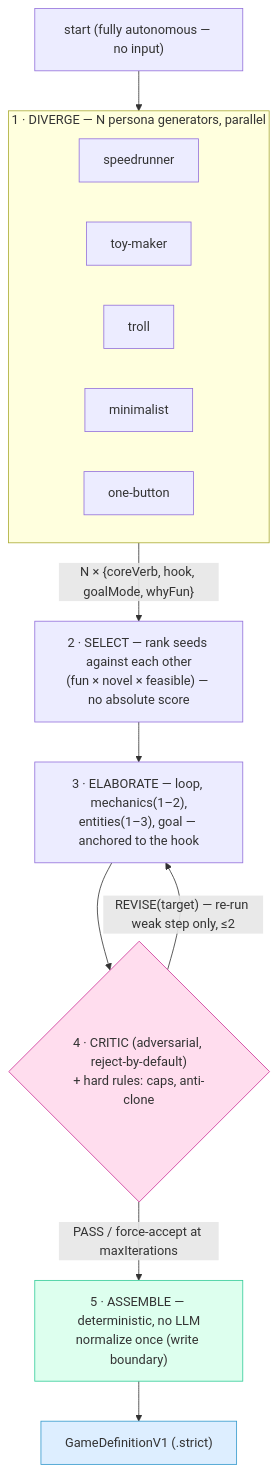
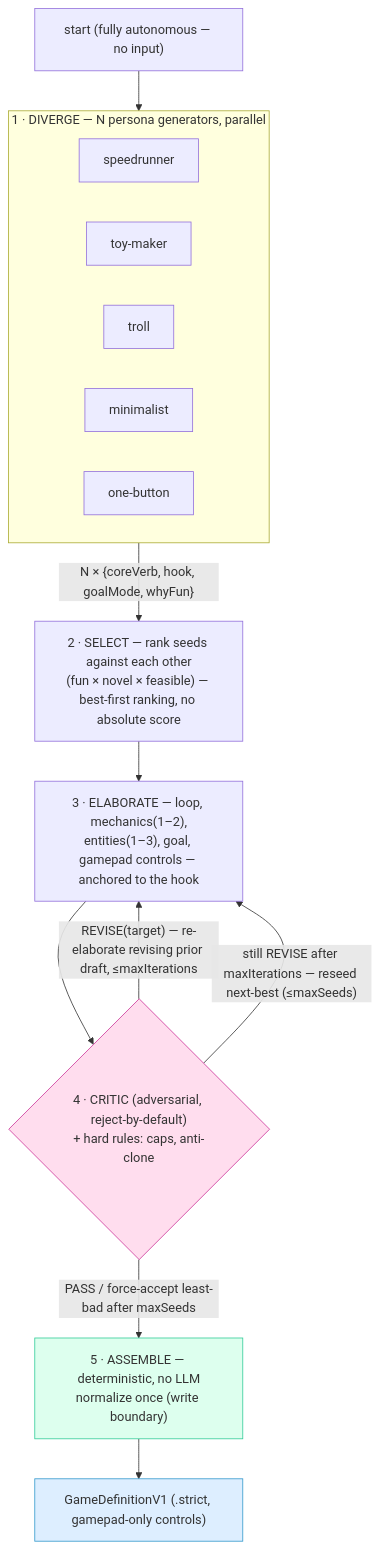
The first of 3 diagrams in factory/ARCHITECTURE.md (Floriaen/atarifactory), drawn with Mermaid before and after one commit. The commit also changed 3 other files, not shown here.

First line of the commit message:
Sync docs with the gamepad contract, reseed loop, and batch tooling

````diff
--- a/factory/ARCHITECTURE.md
+++ b/factory/ARCHITECTURE.md
@@ -8,25 +8,26 @@
 ```mermaid
 flowchart TD
     start["start (fully autonomous — no input)"] --> diverge
 
     subgraph diverge["1 · DIVERGE — N persona generators, parallel"]
         direction LR
         p1["speedrunner"]
         p2["toy-maker"]
         p3["troll"]
         p4["minimalist"]
         p5["one-button"]
     end
 
     diverge -->|"N × {coreVerb, hook, goalMode, whyFun}"| select
-    select["2 · SELECT — rank seeds against each other<br/>(fun × novel × feasible) — no absolute score"] --> elaborate
-    elaborate["3 · ELABORATE — loop, mechanics(1–2),<br/>entities(1–3), goal — anchored to the hook"] --> critic
+    select["2 · SELECT — rank seeds against each other<br/>(fun × novel × feasible) — best-first ranking, no absolute score"] --> elaborate
+    elaborate["3 · ELABORATE — loop, mechanics(1–2),<br/>entities(1–3), goal, gamepad controls — anchored to the hook"] --> critic
     critic{"4 · CRITIC (adversarial, reject-by-default)<br/>+ hard rules: caps, anti-clone"}
-    critic -->|"REVISE(target) — re-run weak step only, ≤2"| elaborate
-    critic -->|"PASS / force-accept at maxIterations"| assemble
-    assemble["5 · ASSEMBLE — deterministic, no LLM<br/>normalize once (write boundary)"] --> gd["GameDefinitionV1 (.strict)"]
+    critic -->|"REVISE(target) — re-elaborate revising prior draft, ≤maxIterations"| elaborate
+    critic -->|"still REVISE after maxIterations — reseed next-best (≤maxSeeds)"| elaborate
+    critic -->|"PASS / force-accept least-bad after maxSeeds"| assemble
+    assemble["5 · ASSEMBLE — deterministic, no LLM<br/>normalize once (write boundary)"] --> gd["GameDefinitionV1 (.strict, gamepad-only controls)"]
 
     style critic fill:#fde,stroke:#c39
     style assemble fill:#dfe,stroke:#3c9
     style gd fill:#def,stroke:#39c
 ```
````
